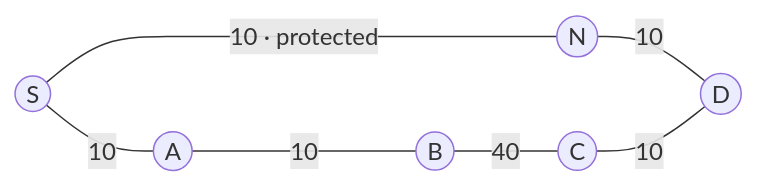
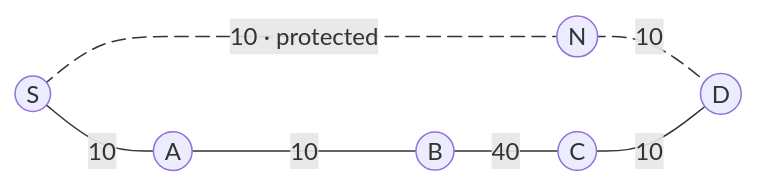
One commit to eldaninavas/srv6.md changed the diagram in docs/topics/ti-lfa.md. Above: the diagram before and after it, drawn with Mermaid. The commit also changed 14 other files, not shown here.

````diff
--- a/docs/topics/ti-lfa.md
+++ b/docs/topics/ti-lfa.md
@@ -47,9 +47,11 @@
 ```mermaid
 graph LR
-    S((S)) ---|10 · protected| N((N))
-    N ---|10| D((D))
-    S ---|10| A((A))
-    A ---|10| B((B))
-    B ---|40| C((C))
-    C ---|10| D
+    S((S)) p1@---|10 · protected| N((N))
+    N p2@---|10| D((D))
+    S q1@---|10| A((A))
+    A q2@---|10| B((B))
+    B q3@---|40| C((C))
+    C q4@---|10| D
+    p1@{ animate: true }
+    p2@{ animate: true }
 ```
````
